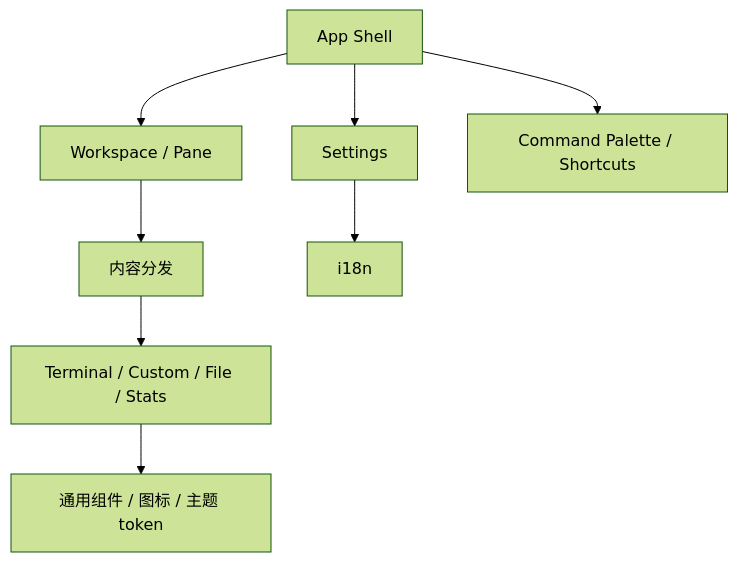
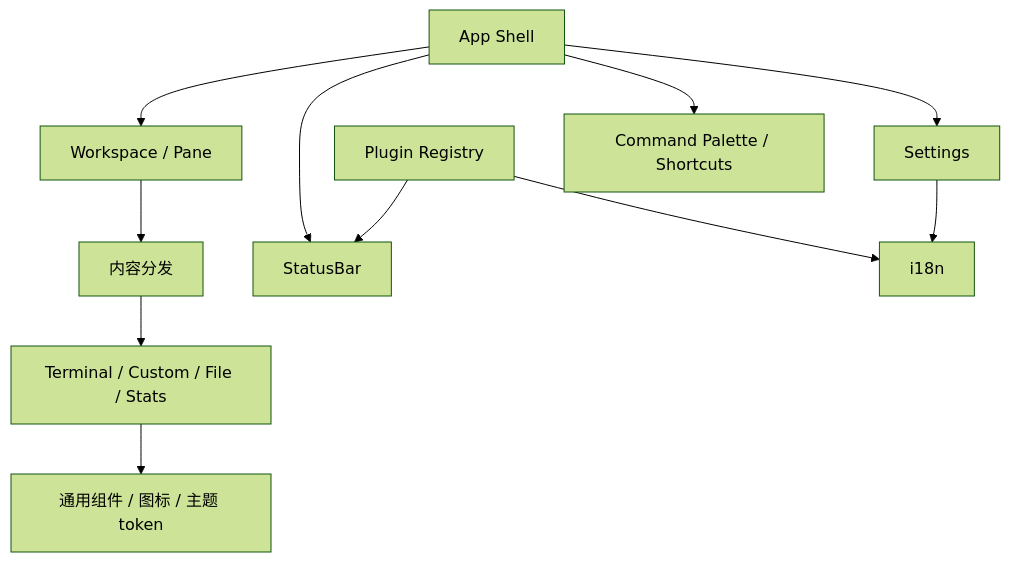
The diagram in docs/modules/UI_FOUNDATION.md (hamburger-os/TauTerm), drawn with Mermaid (forest theme) before and after one commit. The commit also changed other lines of this file, not shown here.

Commit message:
docs(ui): define plugin locale and status bar contracts

````diff
--- a/docs/modules/UI_FOUNDATION.md
+++ b/docs/modules/UI_FOUNDATION.md
@@ -32,10 +35,13 @@
 ```mermaid
 flowchart TB
   App["App Shell"] --> Workspace["Workspace / Pane"]
   Workspace --> Dispatcher["内容分发"]
   Dispatcher --> Renderer["Terminal / Custom / File / Stats"]
+  App --> StatusBar["StatusBar"]
+  Plugin["Plugin Registry"] --> StatusBar
+  Plugin --> I18N["i18n"]
   App --> Settings["Settings"]
   App --> Command["Command Palette / Shortcuts"]
-  Settings --> I18N["i18n"]
+  Settings --> I18N
   Renderer --> Shared["通用组件 / 图标 / 主题 token"]
 ```
````
